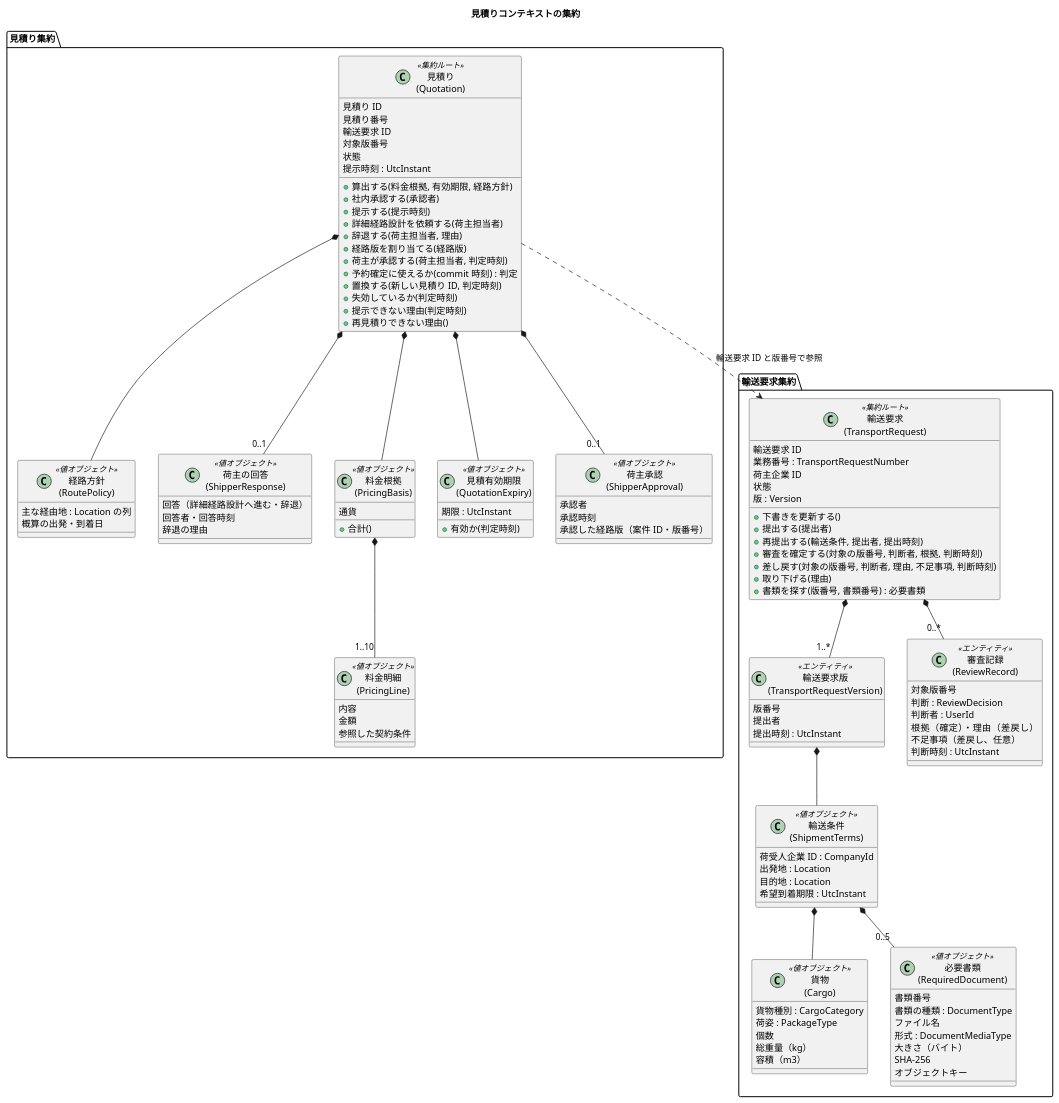
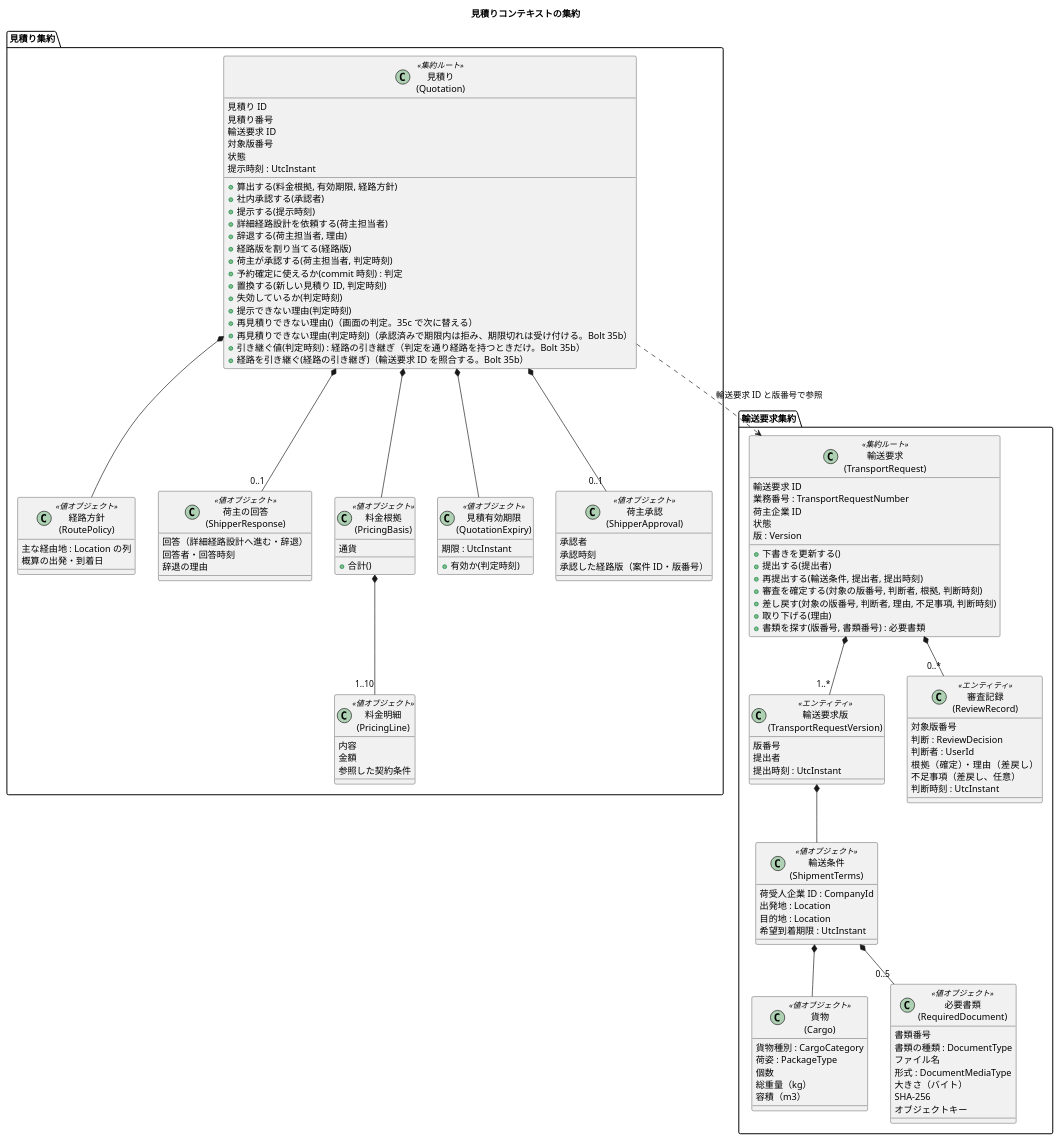
One commit to k2works/practical-domain-driven-design-in-enterpris-application changed the third of 23 diagrams in docs/design/cargo-tracker/domain_model.md. Above: the diagram before and after it, drawn with PlantUML. The commit also changed other lines of this file and 6 other files, not shown here.

```diff
--- a/docs/design/cargo-tracker/domain_model.md
+++ b/docs/design/cargo-tracker/domain_model.md
@@ -417,7 +418,10 @@
     + 置換する(新しい見積り ID, 判定時刻)
     + 失効しているか(判定時刻)
     + 提示できない理由(判定時刻)
-    + 再見積りできない理由()
+    + 再見積りできない理由()（画面の判定。35c で次に替える）
+    + 再見積りできない理由(判定時刻)（承認済みで期限内は拒み、期限切れは受け付ける。Bolt 35b）
+    + 引き継ぐ値(判定時刻) : 経路の引き継ぎ（判定を通り経路を持つときだけ。Bolt 35b）
+    + 経路を引き継ぐ(経路の引き継ぎ)（輸送要求 ID を照合する。Bolt 35b）
   }
   class "経路方針\n(RoutePolicy)" as RP <<値オブジェクト>> {
     主な経由地 : Location の列
```
